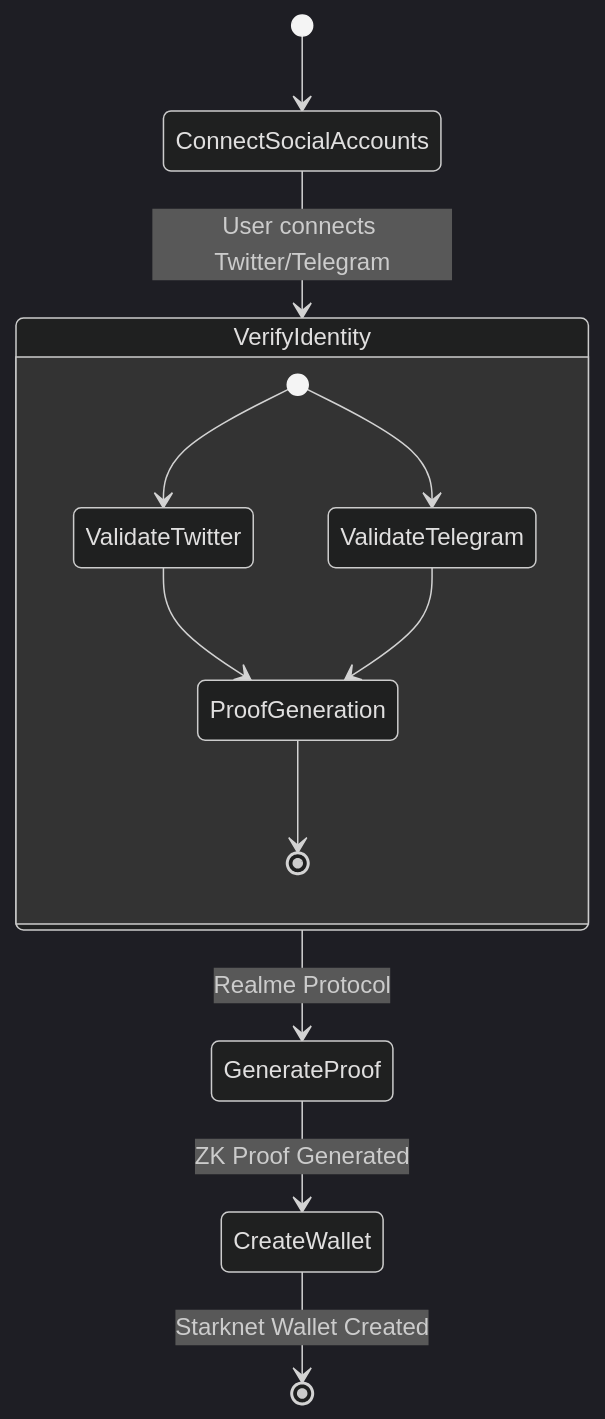
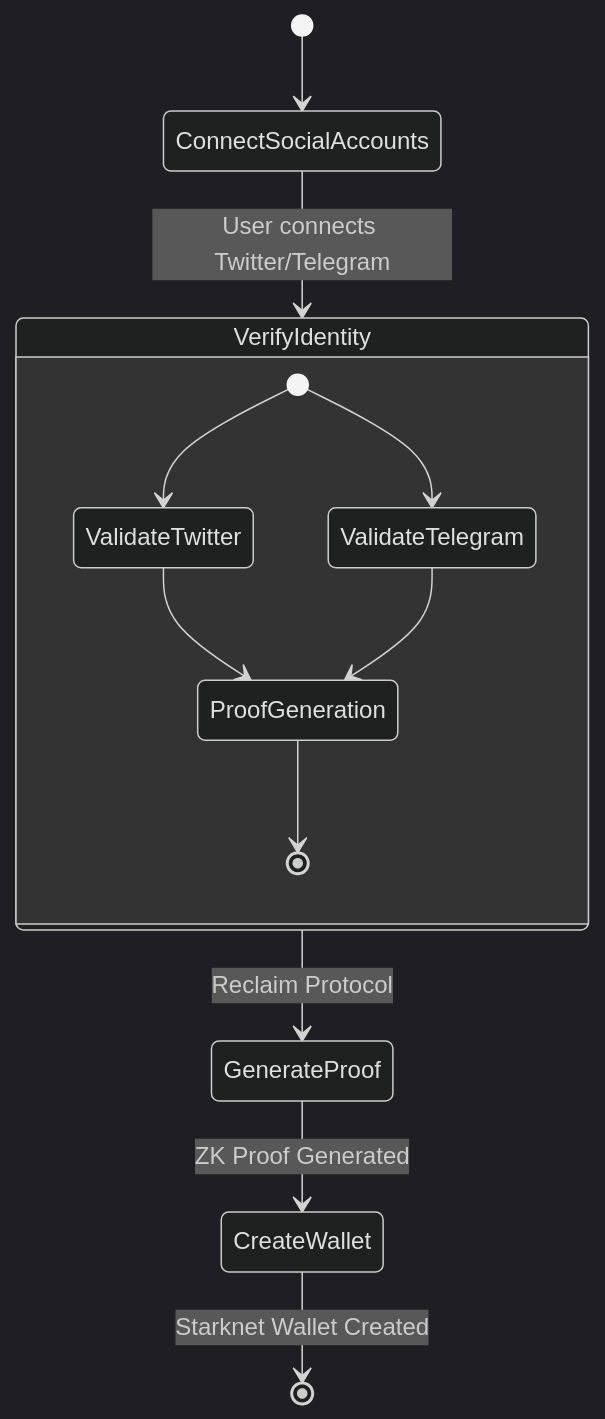
One commit to Gelois0/zksocials changed the first of 4 diagrams in README.md. Above: the diagram before and after it, drawn with Mermaid (dark theme). The commit also changed other lines of this file, not shown here.

````diff
--- a/README.md
+++ b/README.md
@@ -8,16 +8,16 @@
 ```mermaid
 stateDiagram-v2
     [*] --> ConnectSocialAccounts
     ConnectSocialAccounts --> VerifyIdentity: User connects Twitter/Telegram
-    VerifyIdentity --> GenerateProof: Realme Protocol
+    VerifyIdentity --> GenerateProof: Reclaim Protocol
     GenerateProof --> CreateWallet: ZK Proof Generated
     CreateWallet --> [*]: Starknet Wallet Created
     
     state VerifyIdentity {
         [*] --> ValidateTwitter
         [*] --> ValidateTelegram
         ValidateTwitter --> ProofGeneration
         ValidateTelegram --> ProofGeneration
         ProofGeneration --> [*]
     }
 ```
````
